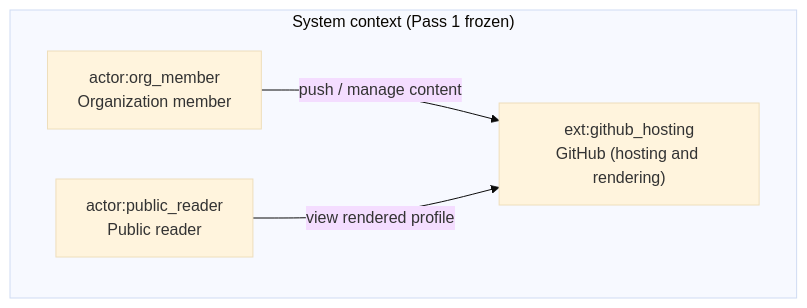
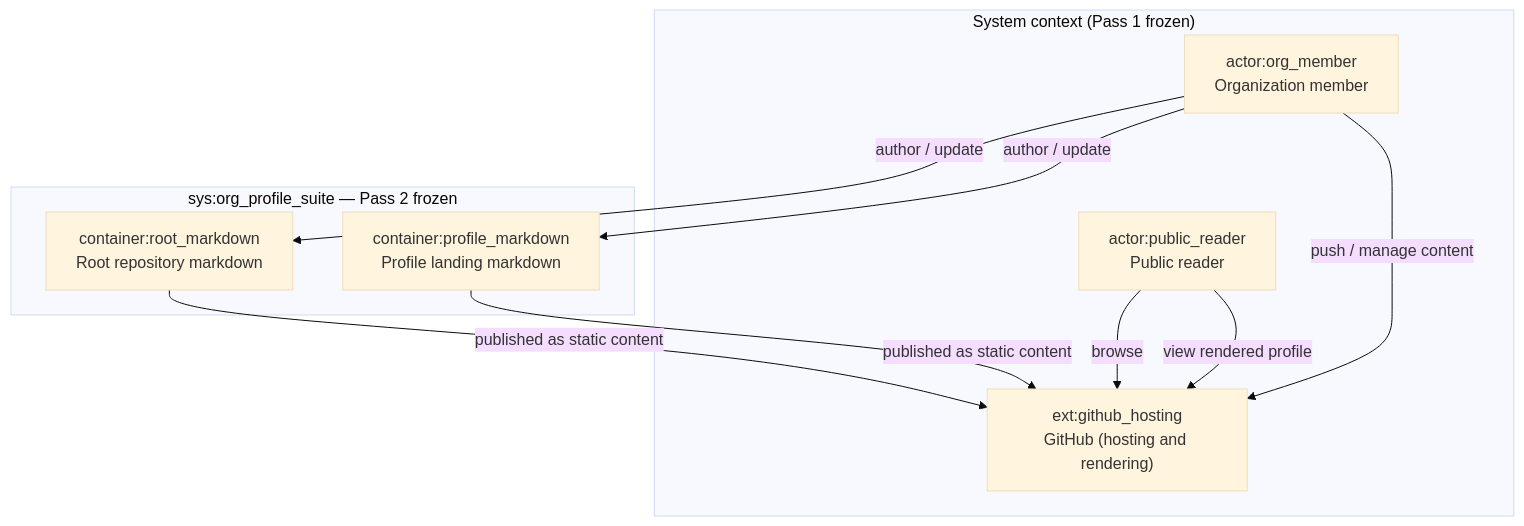
One commit to Decreen/.github changed the diagram in docs/c4-live.mermaid.md. Above: the diagram before and after it, drawn with Mermaid (base theme). The commit also changed 3 other files, not shown here.

````diff
--- a/docs/c4-live.mermaid.md
+++ b/docs/c4-live.mermaid.md
@@ -3,10 +3,19 @@
 ```mermaid
 flowchart TD
   subgraph L1["System context (Pass 1 frozen)"]
     actor_org_member["actor:org_member<br/>Organization member"]
     actor_public_reader["actor:public_reader<br/>Public reader"]
     ext_github_hosting["ext:github_hosting<br/>GitHub (hosting and rendering)"]
   end
+  subgraph L2["sys:org_profile_suite — Pass 2 frozen"]
+    container_profile_markdown["container:profile_markdown<br/>Profile landing markdown"]
+    container_root_markdown["container:root_markdown<br/>Root repository markdown"]
+  end
   actor_org_member -->|push / manage content| ext_github_hosting
   actor_public_reader -->|view rendered profile| ext_github_hosting
+  actor_org_member -->|author / update| container_profile_markdown
+  actor_org_member -->|author / update| container_root_markdown
+  container_profile_markdown -->|published as static content| ext_github_hosting
+  container_root_markdown -->|published as static content| ext_github_hosting
+  actor_public_reader -->|browse| ext_github_hosting
 ```
````
